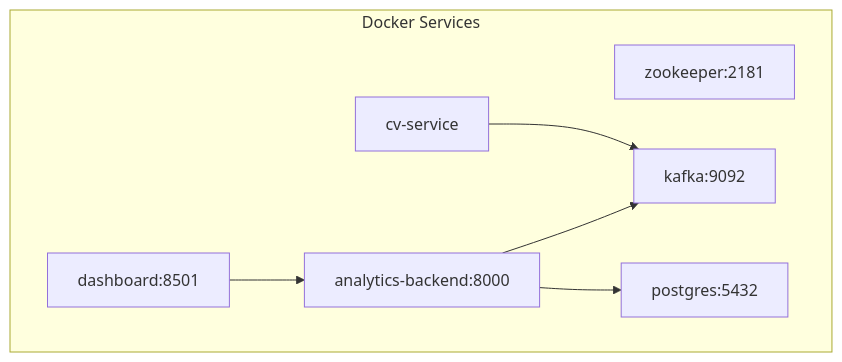
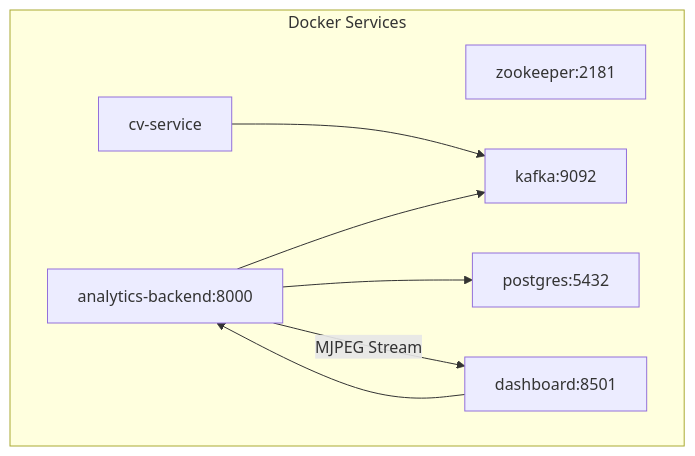
Before and after one commit to Azzoz-189/construction-equipment-monitoring: the diagram in .qoder/repowiki/en/content/Getting Started.md, drawn with Mermaid. The commit also changed other lines of this file and 5 other files, not shown here.

````diff
--- a/.qoder/repowiki/en/content/Getting Started.md
+++ b/.qoder/repowiki/en/content/Getting Started.md
@@ -171,15 +304,16 @@
 ```mermaid
 graph TB
 subgraph "Docker Services"
 ZK["zookeeper:2181"]
 KA["kafka:9092"]
 PG["postgres:5432"]
 CV["cv-service"]
 AB["analytics-backend:8000"]
 DS["dashboard:8501"]
 end
 CV --> KA
 AB --> KA
 AB --> PG
 DS --> AB
+AB --> |"MJPEG Stream"| DS
 ```
````
